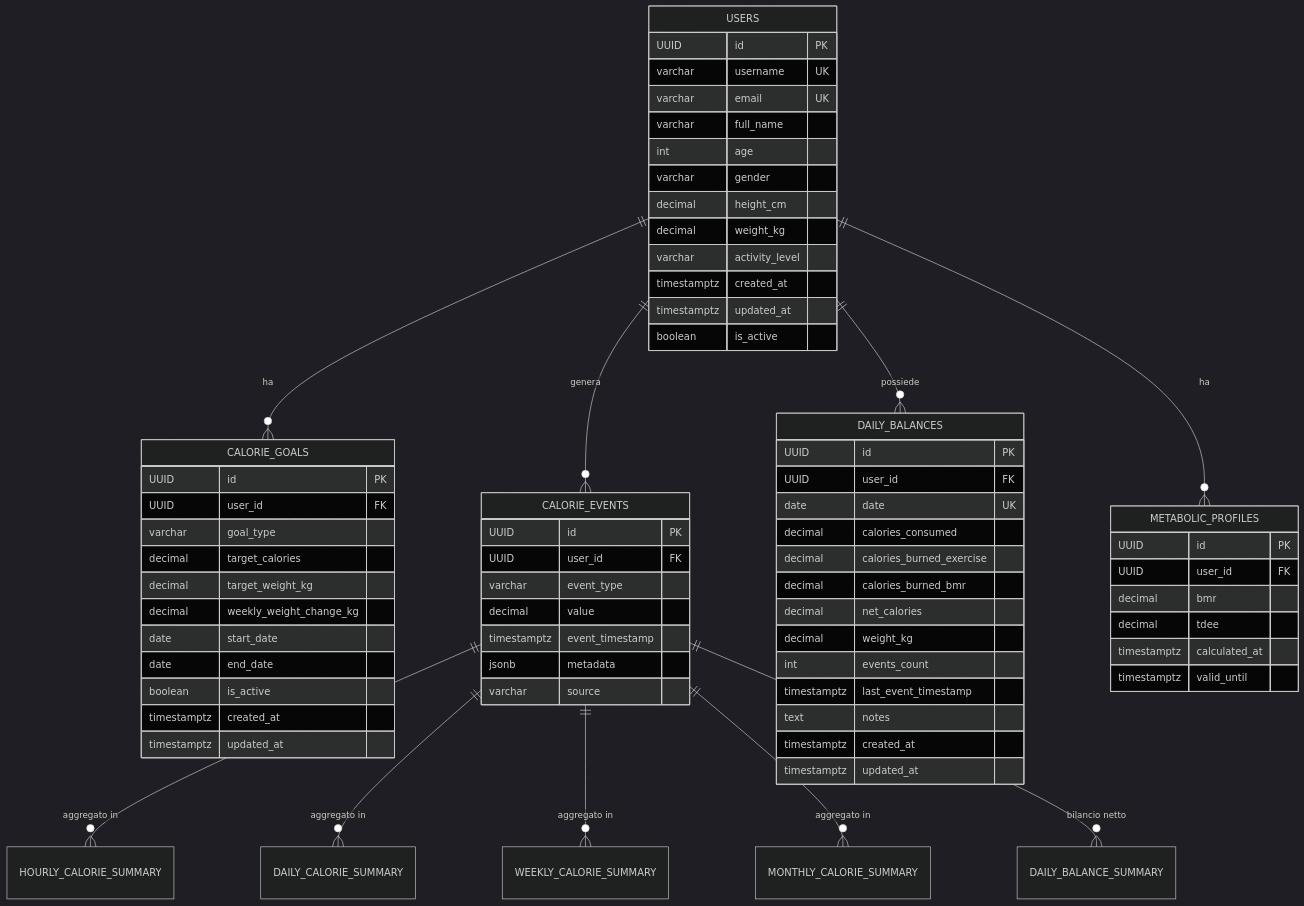
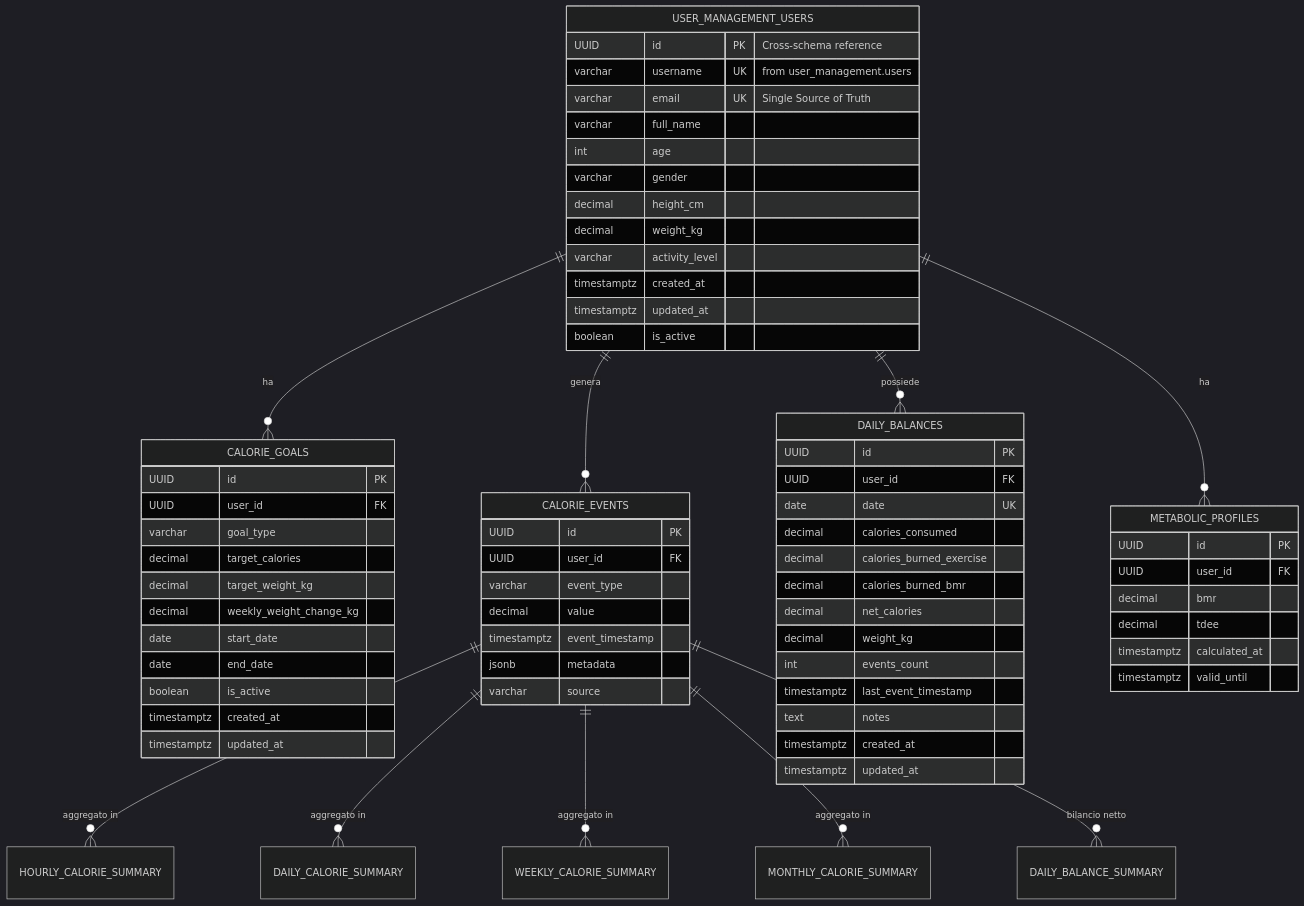
The diagram in docs/databases/calorie-balance-db.md (giamma80/gymbro-platform), drawn with Mermaid (dark theme) before and after one commit. The commit also changed other lines of this file and 21 other files, not shown here.

````diff
--- a/docs/databases/calorie-balance-db.md
+++ b/docs/databases/calorie-balance-db.md
@@ -16,77 +16,77 @@
 ```mermaid
 erDiagram
-    USERS ||--o{ CALORIE_GOALS : "ha"
-    USERS ||--o{ CALORIE_EVENTS : "genera"
-    USERS ||--o{ DAILY_BALANCES : "possiede"
-    USERS ||--o{ METABOLIC_PROFILES : "ha"
+    USER_MANAGEMENT_USERS ||--o{ CALORIE_GOALS : "ha"
+    USER_MANAGEMENT_USERS ||--o{ CALORIE_EVENTS : "genera"
+    USER_MANAGEMENT_USERS ||--o{ DAILY_BALANCES : "possiede"
+    USER_MANAGEMENT_USERS ||--o{ METABOLIC_PROFILES : "ha"
     
     CALORIE_EVENTS ||--o{ HOURLY_CALORIE_SUMMARY : "aggregato in"
     CALORIE_EVENTS ||--o{ DAILY_CALORIE_SUMMARY : "aggregato in"
     CALORIE_EVENTS ||--o{ WEEKLY_CALORIE_SUMMARY : "aggregato in"
     CALORIE_EVENTS ||--o{ MONTHLY_CALORIE_SUMMARY : "aggregato in"
     CALORIE_EVENTS ||--o{ DAILY_BALANCE_SUMMARY : "bilancio netto"
     
-    USERS {
-        UUID id PK
-        varchar username UK
-        varchar email UK
+    USER_MANAGEMENT_USERS {
+        UUID id PK "Cross-schema reference"
+        varchar username UK "from user_management.users"
+        varchar email UK "Single Source of Truth"
         varchar full_name
         int age
         varchar gender
         decimal height_cm
         decimal weight_kg
         varchar activity_level
         timestamptz created_at
         timestamptz updated_at
         boolean is_active
     }
     
     CALORIE_GOALS {
         UUID id PK
         UUID user_id FK
         varchar goal_type
         decimal target_calories
         decimal target_weight_kg
         decimal weekly_weight_change_kg
         date start_date
         date end_date
         boolean is_active
         timestamptz created_at
         timestamptz updated_at
     }
     
     CALORIE_EVENTS {
         UUID id PK
         UUID user_id FK
         varchar event_type
         decimal value
         timestamptz event_timestamp
         jsonb metadata
         varchar source
     }
     
     DAILY_BALANCES {
         UUID id PK
         UUID user_id FK
         date date UK
         decimal calories_consumed
         decimal calories_burned_exercise
         decimal calories_burned_bmr
         decimal net_calories
         decimal weight_kg
         int events_count
         timestamptz last_event_timestamp
         text notes
         timestamptz created_at
         timestamptz updated_at
     }
     
     METABOLIC_PROFILES {
         UUID id PK
         UUID user_id FK
         decimal bmr
         decimal tdee
         timestamptz calculated_at
         timestamptz valid_until
     }
 ```
````
